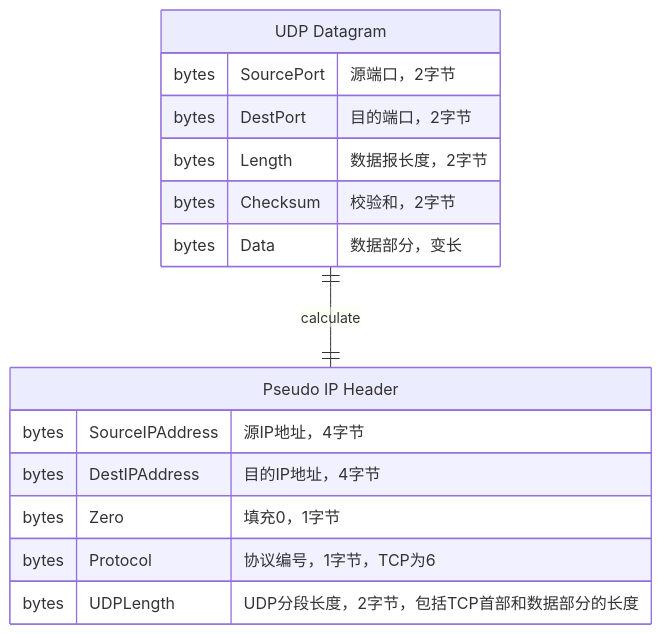
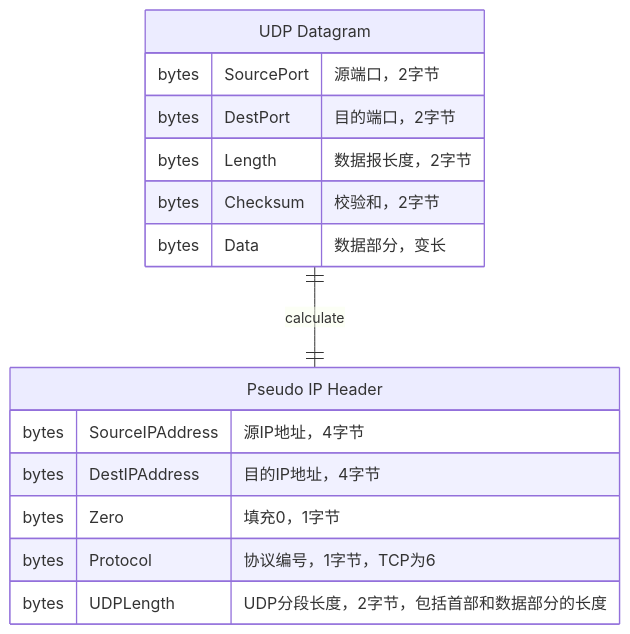
One commit to willmao/blog changed the diagram in source/_posts/transport-layer-basic-concepts.md. Above: the diagram before and after it, drawn with Mermaid. The commit also changed 1 other file, not shown here.

````diff
--- a/source/_posts/transport-layer-basic-concepts.md
+++ b/source/_posts/transport-layer-basic-concepts.md
@@ -38,21 +38,21 @@
 ```mermaid
 erDiagram
     udp["UDP Datagram"] {
         bytes SourcePort    "源端口，2字节"
         bytes DestPort      "目的端口，2字节"
         bytes Length        "数据报长度，2字节"
         bytes Checksum      "校验和，2字节"
         bytes Data          "数据部分，变长"
     }
 
 
     pseudo["Pseudo IP Header"] {
         bytes SourceIPAddress   "源IP地址，4字节"
         bytes DestIPAddress     "目的IP地址，4字节"
         bytes Zero              "填充0，1字节"
         bytes Protocol          "协议编号，1字节，TCP为6"
-        bytes UDPLength         "UDP分段长度，2字节，包括TCP首部和数据部分的长度"
+        bytes UDPLength         "UDP分段长度，2字节，包括首部和数据部分的长度"
     }
 
     udp ||--|| pseudo: calculate
 ```
````
